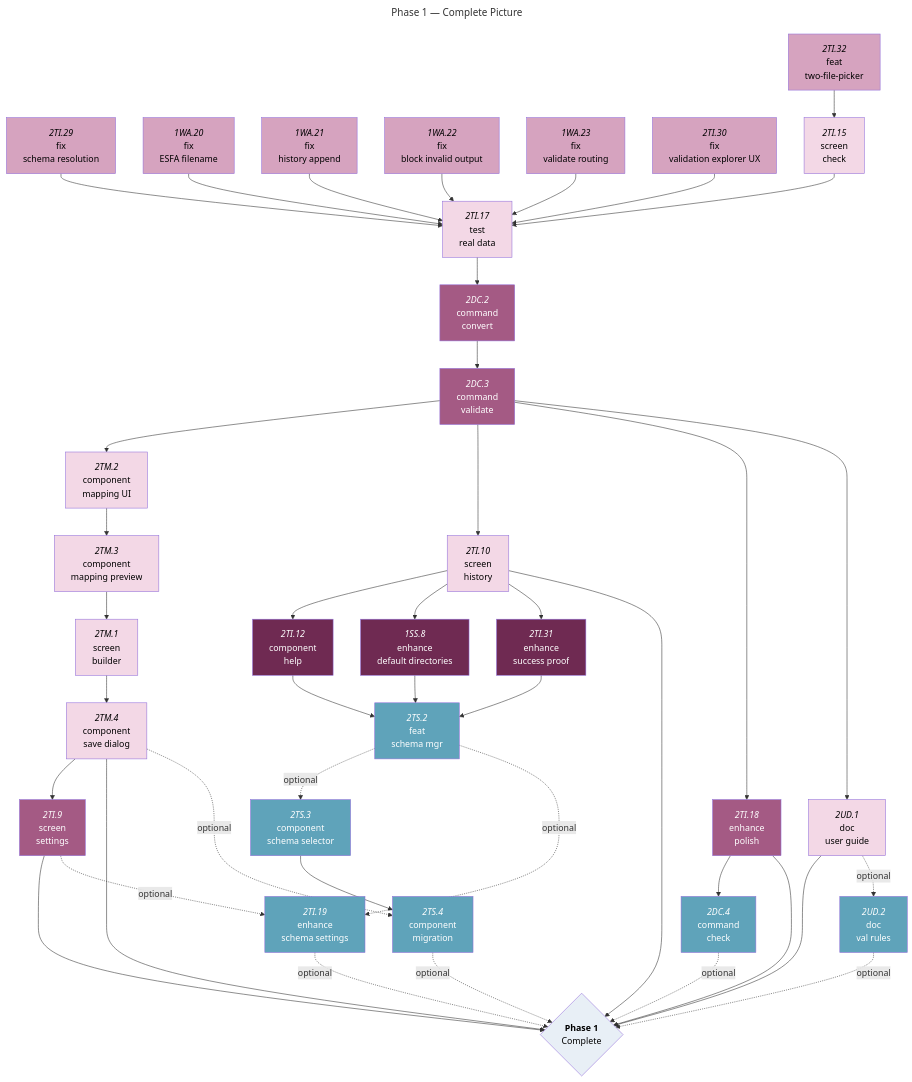
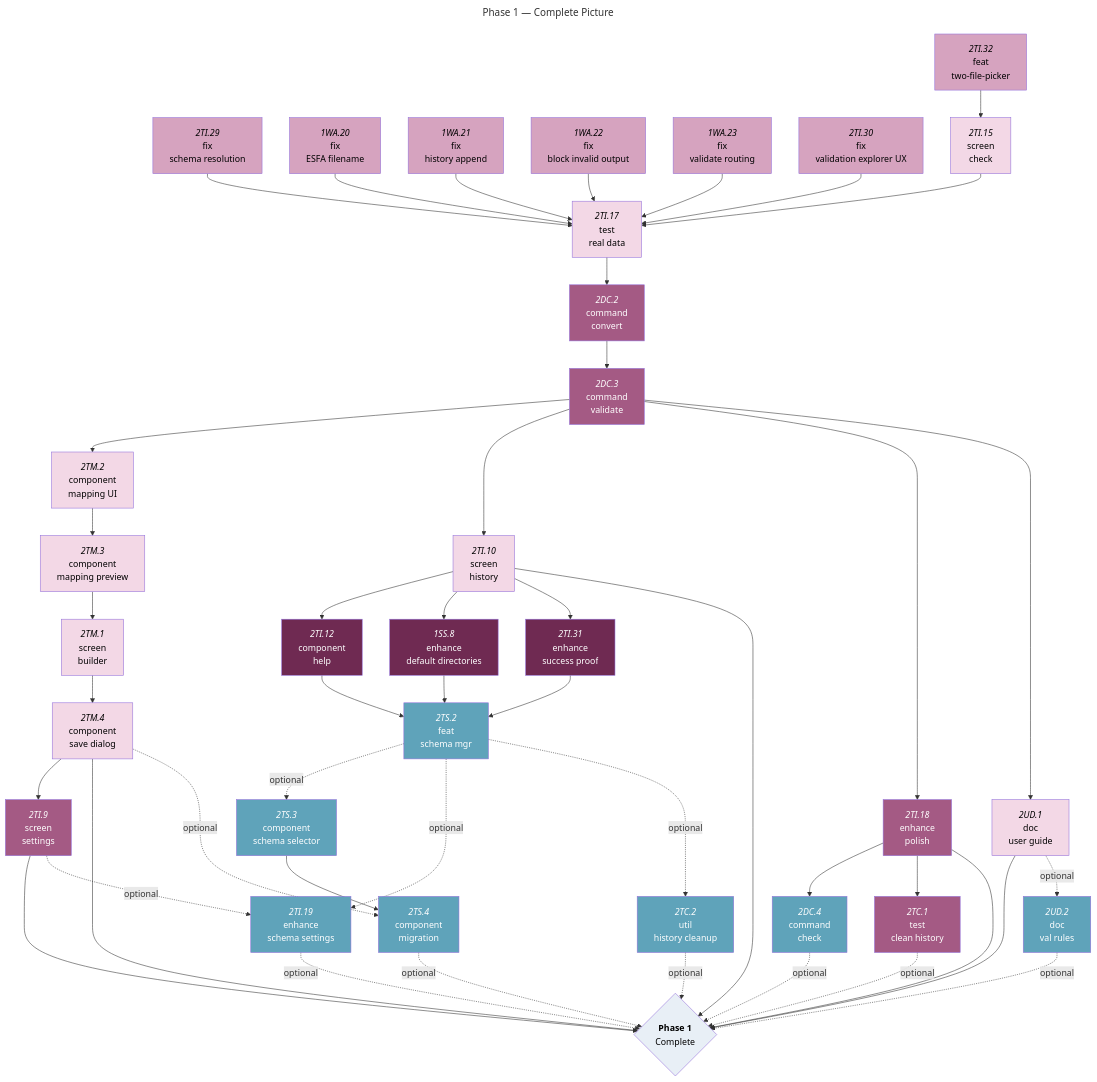
The fifth of 5 diagrams in docs/roadmaps/phase-1-mvp-features.md (foundersandcoders/iris), drawn with Mermaid before and after one commit. The commit also changed other lines of this file, not shown here.

Commit message:
docs: add new tasks to roadmap

````diff
--- a/docs/roadmaps/phase-1-mvp-features.md
+++ b/docs/roadmaps/phase-1-mvp-features.md
@@ -332,78 +336,80 @@
 ```mermaid
 ---
 title: Phase 1 — Complete Picture
 ---
 graph TD
 
 %% M2A Open — bugs/fixes before real-data testing %%
 2TI.29["`*2TI.29*<br/>fix<br/>schema resolution`"]:::must-open
 1WA.20["`*1WA.20*<br/>fix<br/>ESFA filename`"]:::must-open
 1WA.21["`*1WA.21*<br/>fix<br/>history append`"]:::must-open
 1WA.22["`*1WA.22*<br/>fix<br/>block invalid output`"]:::must-open
 1WA.23["`*1WA.23*<br/>fix<br/>validate routing`"]:::must-open
 2TI.30["`*2TI.30*<br/>fix<br/>validation explorer UX`"]:::must-open
 2TI.32["`*2TI.32*<br/>feat<br/>two-file-picker`"]:::must-open
 2TI.15["`*2TI.15*<br/>screen<br/>check`"]:::must-blocked
 2TI.12["`*2TI.12*<br/>component<br/>help`"]:::should-open
 1SS.8["`*1SS.8*<br/>enhance<br/>default directories`"]:::should-open
 2TI.31["`*2TI.31*<br/>enhance<br/>success proof`"]:::should-open
 2TI.17["`*2TI.17*<br/>test<br/>real data`"]:::must-blocked
 
 %% M2B Tasks %%
 2DC.2["`*2DC.2*<br/>command<br/>convert`"]:::should-blocked
 2DC.3["`*2DC.3*<br/>command<br/>validate`"]:::should-blocked
 2DC.4["`*2DC.4*<br/>command<br/>check`"]:::could-blocked
 
 %% M2C Tasks %%
 2TM.2["`*2TM.2*<br/>component<br/>mapping UI`"]:::must-blocked
 2TM.3["`*2TM.3*<br/>component<br/>mapping preview`"]:::must-blocked
 2TM.1["`*2TM.1*<br/>screen<br/>builder`"]:::must-blocked
 2TM.4["`*2TM.4*<br/>component<br/>save dialog`"]:::must-blocked
 2TI.9["`*2TI.9*<br/>screen<br/>settings`"]:::should-blocked
 2TS.2["`*2TS.2*<br/>feat<br/>schema mgr`"]:::could-blocked
 2TS.3["`*2TS.3*<br/>component<br/>schema selector`"]:::could-blocked
 2TS.4["`*2TS.4*<br/>component</br>migration`"]:::could-blocked
 2TI.19["`*2TI.19*<br/>enhance<br/>schema settings`"]:::could-blocked
 2TI.10["`*2TI.10*<br/>screen<br/>history`"]:::must-blocked
 2TI.18["`*2TI.18*<br/>enhance<br/>polish`"]:::should-blocked
+2TC.1["`*2TC.1*<br/>test<br/>clean history`"]:::should-blocked
 2UD.1["`*2UD.1*<br/>doc<br/>user guide`"]:::must-blocked
 2UD.2["`*2UD.2*<br/>doc<br/>val rules`"]:::could-blocked
+2TC.2["`*2TC.2*<br/>util<br/>history cleanup`"]:::could-blocked
 
 %% Milestone nodes %%
 phase1{"`**Phase 1**<br/>Complete`"}:::mile
 
 %% M2A Dependencies %%
 2TI.32 --> 2TI.15
 2TI.29 & 1WA.20 & 1WA.21 & 1WA.22 & 1WA.23 & 2TI.30 & 2TI.15 --> 2TI.17
 
 %% M2B Dependencies %%
 2TI.17 --> 2DC.2
 2DC.2 --> 2DC.3
 2DC.3 --> 2TM.2 & 2TI.10 & 2TI.18 & 2UD.1
 
 %% M2C Dependencies %%
 2TM.2 --> 2TM.3
 2TM.3 --> 2TM.1
 2TM.1 --> 2TM.4
 2TM.4 --> 2TI.9
 2TI.10 --> 2TI.12 & 1SS.8 & 2TI.31
 2TI.12 & 1SS.8 & 2TI.31 --> 2TS.2
-2TI.18 --> 2DC.4
+2TI.18 --> 2DC.4 & 2TC.1
 2TS.3 --> 2TS.4
 2TI.9 & 2TI.10 & 2TI.18 & 2UD.1 & 2TM.4 --> phase1
 
 %% OPTIONAL %%
 2UD.1 -.->|optional| 2UD.2
 2TI.9 -.->|optional| 2TI.19
 2TM.4 -.->|optional| 2TS.4
-2TS.2 -.->|optional| 2TS.3 & 2TI.19
-2DC.4 & 2TI.19 & 2TS.4 & 2UD.2 -.->|optional| phase1
+2TS.2 -.->|optional| 2TS.3 & 2TI.19 & 2TC.2
+2DC.4 & 2TI.19 & 2TS.4 & 2UD.2 & 2TC.1 & 2TC.2 -.->|optional| phase1
 
 classDef must-open fill:#D6A3BF,color:#000;
 classDef must-blocked fill:#F3D8E6,color:#000;
 classDef should-open fill:#6F2A52,color:#fff;
 classDef should-blocked fill:#A45A84,color:#fff;
 classDef could-open fill:#3E7F96,color:#fff;
 classDef could-blocked fill:#5FA3BA,color:#fff;
 classDef mile fill:#E8EFF6,color:#000;
 ```
````
